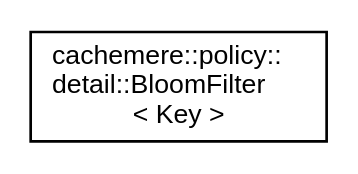
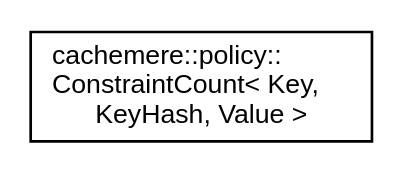
The diagram in docs/inherit_graph_11.dot (coveooss/cachemere), drawn with Graphviz before and after one commit. The commit also changed 154 other files, not shown here.

```diff
--- a/docs/inherit_graph_11.dot
+++ b/docs/inherit_graph_11.dot
@@ -1,8 +1,8 @@
 digraph "Graphical Class Hierarchy"
 {
  // LATEX_PDF_SIZE
   edge [fontname="Helvetica",fontsize="10",labelfontname="Helvetica",labelfontsize="10"];
   node [fontname="Helvetica",fontsize="10",shape=record];
   rankdir="LR";
-  Node0 [label="cachemere::policy::\ldetail::BloomFilter\l\< Key \>",height=0.2,width=0.4,color="black", fillcolor="white", style="filled",URL="$classcachemere_1_1policy_1_1detail_1_1BloomFilter.html",tooltip=" "];
+  Node0 [label="cachemere::policy::\lConstraintCount\< Key,\l KeyHash, Value \>",height=0.2,width=0.4,color="black", fillcolor="white", style="filled",URL="$classcachemere_1_1policy_1_1ConstraintCount.html",tooltip="Count constraint."];
 }
```
